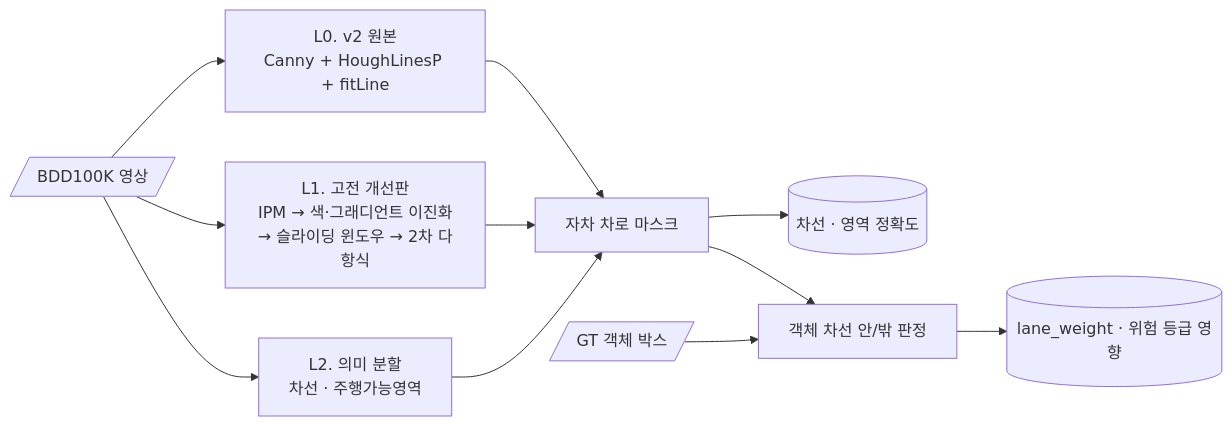
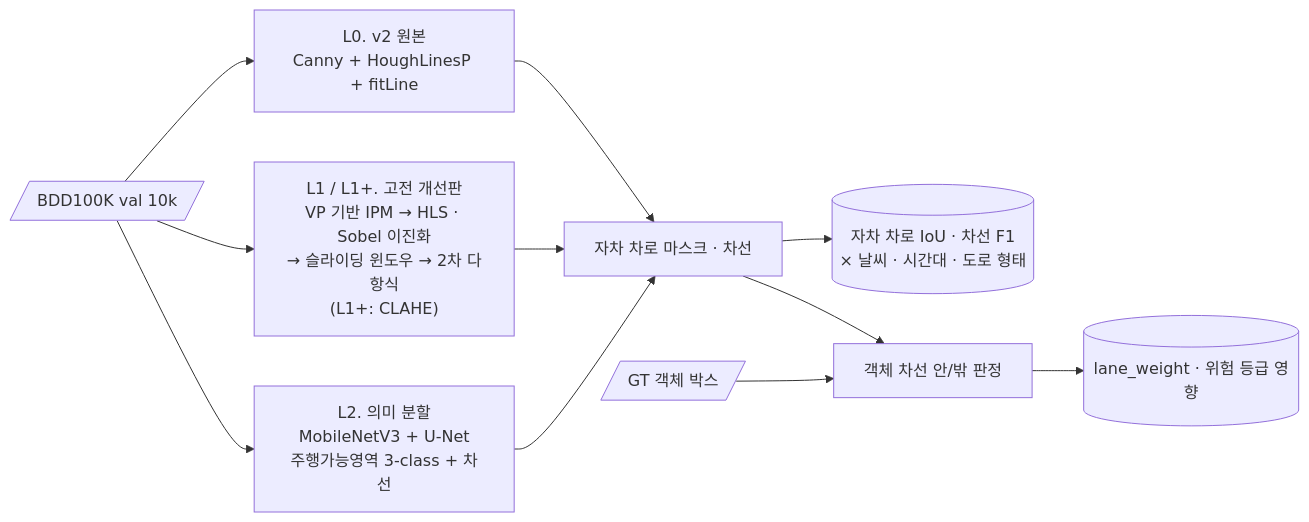
Before and after one commit to cbnu-yhjeon/Lane-Hough-vs-Segmentation: the diagram in README.md, drawn with Mermaid. The commit also changed other lines of this file and 28 other files, not shown here.

````diff
--- a/README.md
+++ b/README.md
@@ -52,14 +74,14 @@
 ```mermaid
 flowchart LR
-    IN[/"BDD100K 영상"/] --> H1 & H2 & SEG
+    IN[/"BDD100K val 10k"/] --> H1 & H2 & SEG
     H1["L0. v2 원본<br/>Canny + HoughLinesP + fitLine"]
-    H2["L1. 고전 개선판<br/>IPM → 색·그래디언트 이진화<br/>→ 슬라이딩 윈도우 → 2차 다항식"]
-    SEG["L2. 의미 분할<br/>차선 · 주행가능영역"]
-    H1 --> MASK["자차 차로 마스크"]
+    H2["L1 / L1+. 고전 개선판<br/>VP 기반 IPM → HLS · Sobel 이진화<br/>→ 슬라이딩 윈도우 → 2차 다항식<br/>(L1+: CLAHE)"]
+    SEG["L2. 의미 분할<br/>MobileNetV3 + U-Net<br/>주행가능영역 3-class + 차선"]
+    H1 --> MASK["자차 차로 마스크 · 차선"]
     H2 --> MASK
     SEG --> MASK
-    MASK --> E1[("차선 · 영역 정확도")]
+    MASK --> E1[("자차 차로 IoU · 차선 F1<br/>× 날씨 · 시간대 · 도로 형태")]
     MASK --> INL["객체 차선 안/밖 판정"]
     BOX[/"GT 객체 박스"/] --> INL
     INL --> E2[("lane_weight · 위험 등급 영향")]
 ```
````
